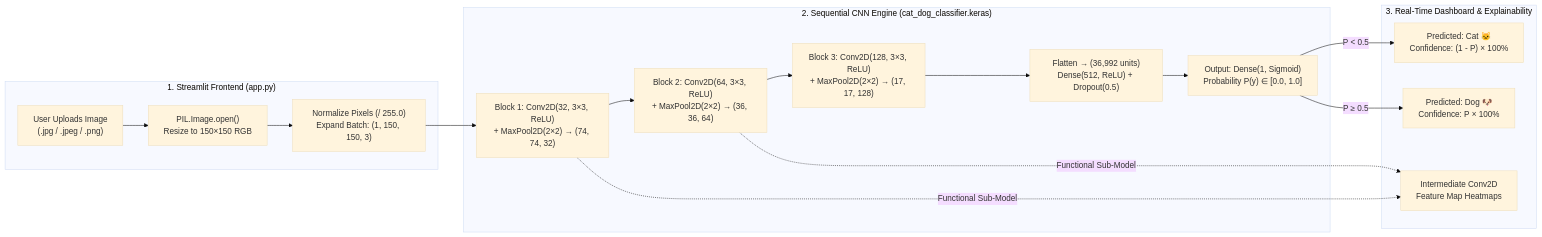
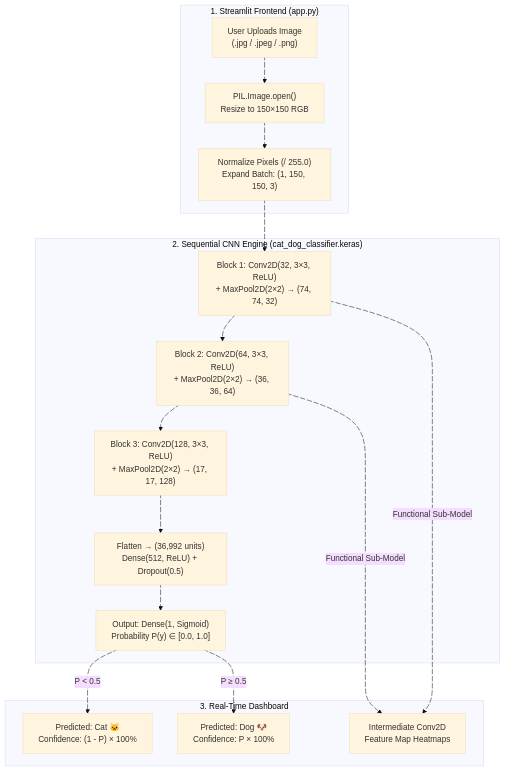
Before and after one commit to mohdyameenmansoori7511-hub/Cat_and_Dog_Image_classification: the diagram in Readme.md, drawn with Mermaid (base theme).

Commit message:
Revise mermaid diagram for architecture flow
Updated mermaid diagram for Streamlit frontend and CNN architecture in the README.

````diff
--- a/Readme.md
+++ b/Readme.md
@@ -30,22 +30,48 @@
 ```mermaid
-flowchart LR
-    subgraph UI["1. Streamlit Frontend (app.py)"]
-        A["User Uploads Image<br/>(.jpg / .jpeg / .png)"] --> B["PIL.Image.open()<br/>Resize to 150×150 RGB"]
-        B --> C["Normalize Pixels (/ 255.0)<br/>Expand Batch: (1, 150, 150, 3)"]
-    end
+---
+config:
+  layout: fixed
+---
+flowchart TB
+ subgraph UI["1. Streamlit Frontend (app.py)"]
+        B["PIL.Image.open()<br>Resize to 150×150 RGB"]
+        A["User Uploads Image<br>(.jpg / .jpeg / .png)"]
+        C["Normalize Pixels (/ 255.0)<br>Expand Batch: (1, 150, 150, 3)"]
+  end
+ subgraph CNN["2. Sequential CNN Engine (cat_dog_classifier.keras)"]
+        D["Block 1: Conv2D(32, 3×3, ReLU)<br>+ MaxPool2D(2×2) → (74, 74, 32)"]
+        E["Block 2: Conv2D(64, 3×3, ReLU)<br>+ MaxPool2D(2×2) → (36, 36, 64)"]
+        F["Block 3: Conv2D(128, 3×3, ReLU)<br>+ MaxPool2D(2×2) → (17, 17, 128)"]
+        G["Flatten → (36,992 units)<br>Dense(512, ReLU) + Dropout(0.5)"]
+        H["Output: Dense(1, Sigmoid)<br>Probability P(y) ∈ [0.0, 1.0]"]
+  end
+ subgraph OUT["3. Real-Time Dashboard"]
+        I["Predicted: Cat 🐱<br>Confidence: (1 - P) × 100%"]
+        J["Predicted: Dog 🐶<br>Confidence: P × 100%"]
+        K["Intermediate Conv2D<br>Feature Map Heatmaps"]
+  end
+    A L_A_B_0@--> B
+    B L_B_C_0@--> C
+    C L_C_D_0@--> D
+    D L_D_E_0@--> E
+    E L_E_F_0@--> F
+    F L_F_G_0@--> G
+    G L_G_H_0@--> H
+    H L_H_I_0@-- "P &lt; 0.5" --> I
+    H L_H_J_0@-- "P ≥ 0.5" --> J
+    D L_D_K_0@-. "Functional Sub-Model" .-> K
+    E L_E_K_0@-. "Functional Sub-Model" .-> K
 
-    subgraph CNN["2. Sequential CNN Engine (cat_dog_classifier.keras)"]
-        C --> D["Block 1: Conv2D(32, 3×3, ReLU)<br/>+ MaxPool2D(2×2) → (74, 74, 32)"]
-        D --> E["Block 2: Conv2D(64, 3×3, ReLU)<br/>+ MaxPool2D(2×2) → (36, 36, 64)"]
-        E --> F["Block 3: Conv2D(128, 3×3, ReLU)<br/>+ MaxPool2D(2×2) → (17, 17, 128)"]
-        F --> G["Flatten → (36,992 units)<br/>Dense(512, ReLU) + Dropout(0.5)"]
-        G --> H["Output: Dense(1, Sigmoid)<br/>Probability P(y) ∈ [0.0, 1.0]"]
-    end
 
-    subgraph OUT["3. Real-Time Dashboard & Explainability"]
-        H -->|"P < 0.5"| I["Predicted: Cat 🐱<br/>Confidence: (1 - P) × 100%"]
-        H -->|"P ≥ 0.5"| J["Predicted: Dog 🐶<br/>Confidence: P × 100%"]
-        D -.->|"Functional Sub-Model"| K["Intermediate Conv2D<br/>Feature Map Heatmaps"]
-        E -.->|"Functional Sub-Model"| K
-    end
+    L_A_B_0@{ animation: fast } 
+    L_B_C_0@{ animation: fast } 
+    L_C_D_0@{ curve: natural, animation: slow } 
+    L_D_E_0@{ animation: slow } 
+    L_E_F_0@{ animation: fast } 
+    L_F_G_0@{ animation: fast } 
+    L_G_H_0@{ animation: fast } 
+    L_H_I_0@{ animation: fast } 
+    L_H_J_0@{ animation: fast } 
+    L_D_K_0@{ animation: fast } 
+    L_E_K_0@{ animation: fast }
 ```
````
